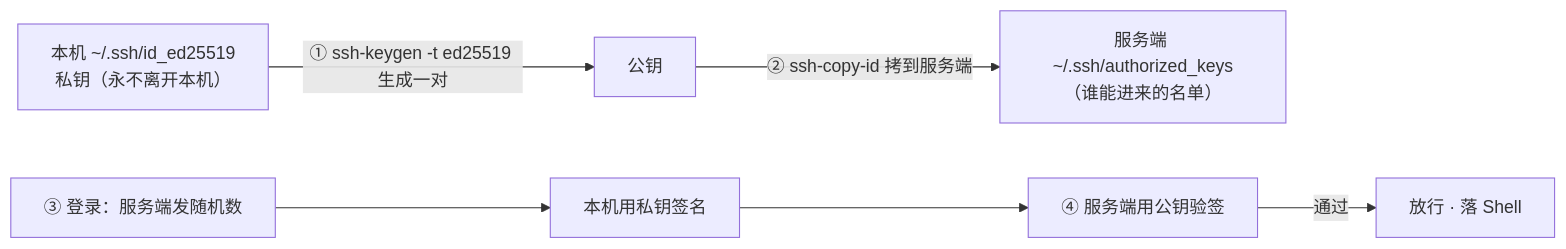
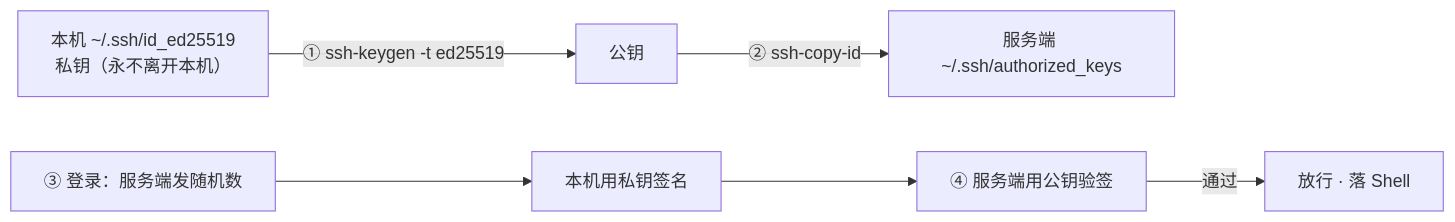
Before and after one commit to ml-cuizijun/LearnToLilith: the third of 5 diagrams in 01-基础底座/26-SSH与远程访问/知识点.md, drawn with Mermaid. The commit also changed other lines of this file and 178 other files, not shown here.

````diff
--- a/01-基础底座/26-SSH与远程访问/知识点.md
+++ b/01-基础底座/26-SSH与远程访问/知识点.md
@@ -214,8 +218,8 @@
 ```mermaid
 flowchart LR
-    A["本机 ~/.ssh/id_ed25519<br/>私钥（永不离开本机）"] -->|"① ssh-keygen -t ed25519 生成一对"| B["公钥"]
-    B -->|"② ssh-copy-id 拷到服务端"| C["服务端 ~/.ssh/authorized_keys<br/>（谁能进来的名单）"]
+    A["本机 ~/.ssh/id_ed25519<br/>私钥（永不离开本机）"] -->|"① ssh-keygen -t ed25519"| B["公钥"]
+    B -->|"② ssh-copy-id"| C["服务端 ~/.ssh/authorized_keys"]
     D["③ 登录：服务端发随机数"] --> E["本机用私钥签名"]
     E --> F["④ 服务端用公钥验签"]
     F -->|"通过"| G["放行 · 落 Shell"]
 ```
````
